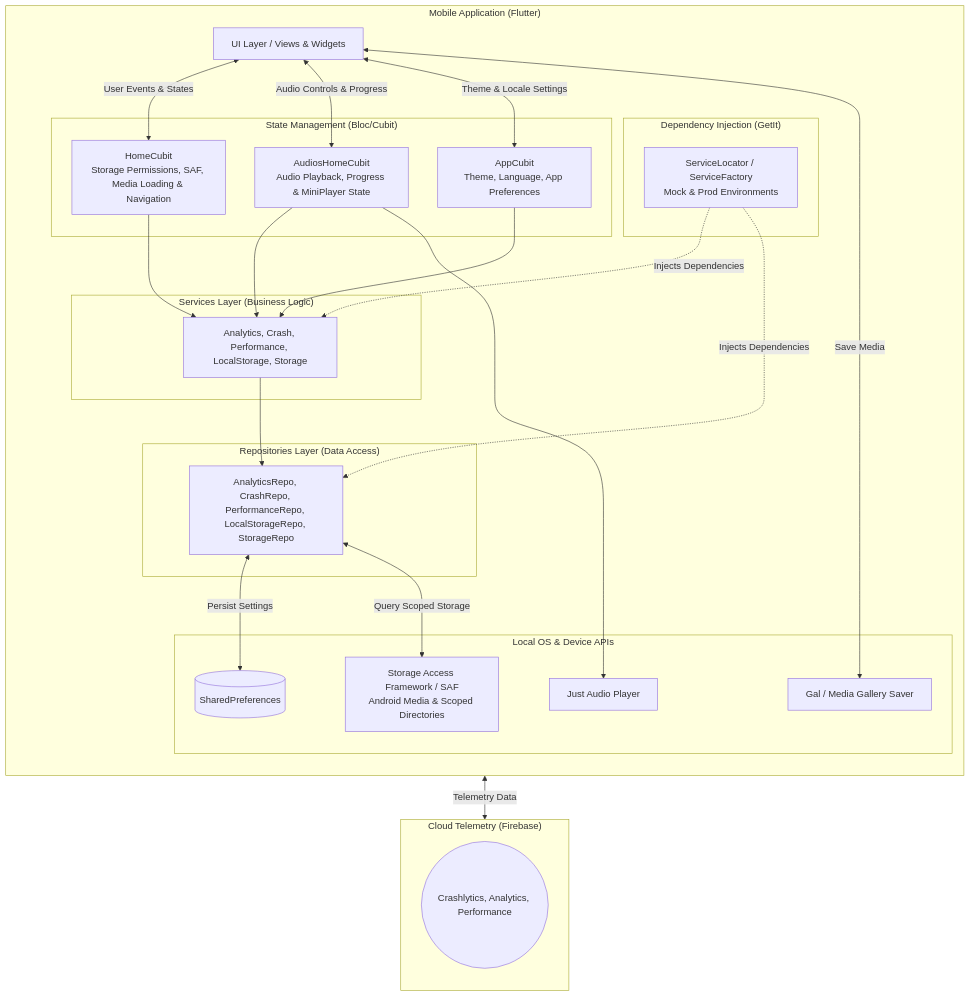
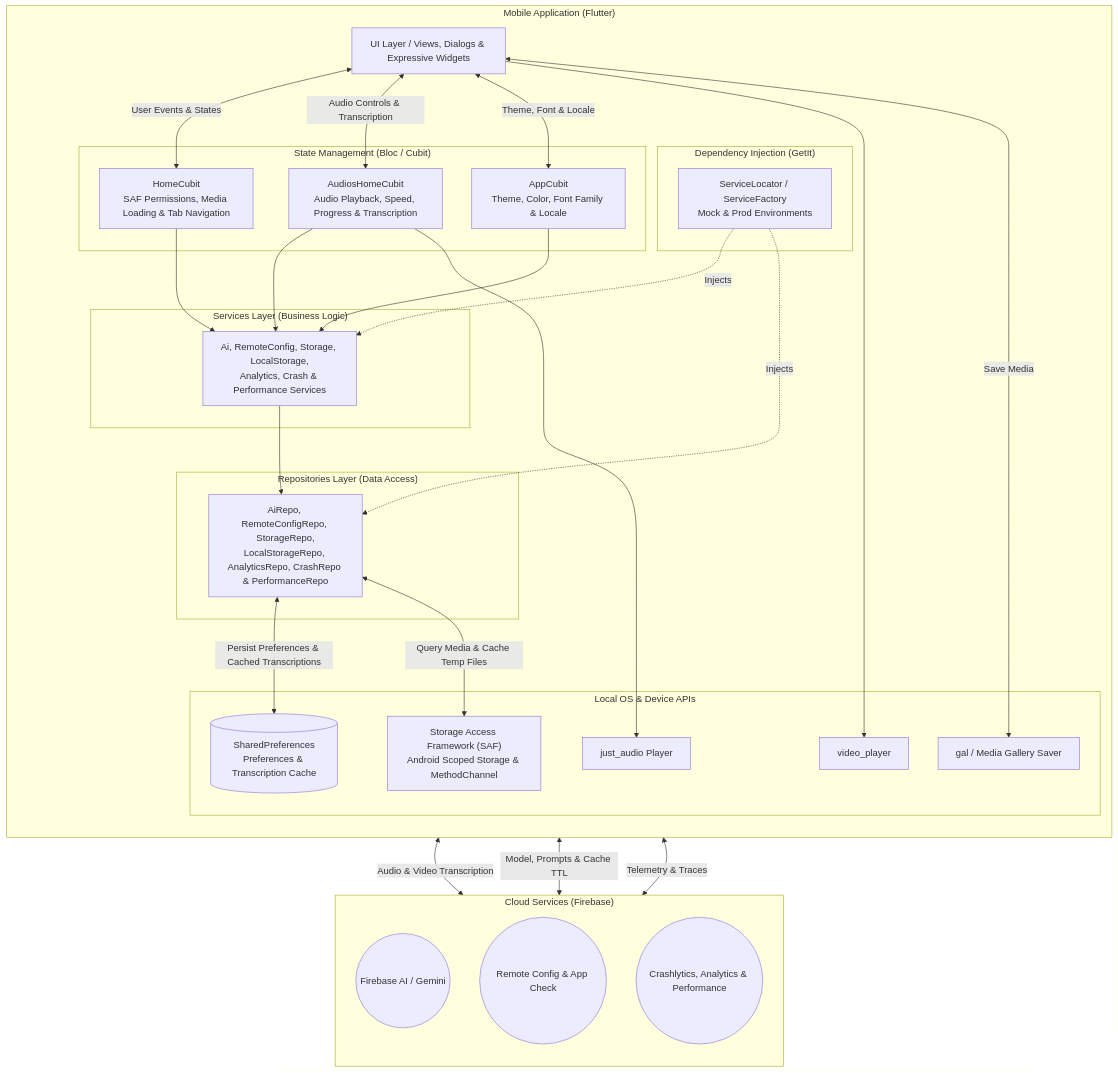
Before and after one commit to Piero16301/Ghost_Play: the diagram in README.md, drawn with Mermaid. The commit also changed other lines of this file and 8 other files, not shown here.

````diff
--- a/README.md
+++ b/README.md
@@ -37,57 +36,63 @@
 ```mermaid
 flowchart TD
   subgraph "Mobile Application (Flutter)"
     direction TB
-    UI[UI Layer / Views & Widgets]
-    
-    subgraph "State Management (Bloc/Cubit)"
-      AppCubit[AppCubit<br>Theme, Language, App Preferences]
-      HomeCubit[HomeCubit<br>Storage Permissions, SAF, Media Loading & Navigation]
-      AudiosHomeCubit[AudiosHomeCubit<br>Audio Playback, Progress & MiniPlayer State]
+    UI["UI Layer / Views, Dialogs & Expressive Widgets"]
+
+    subgraph "State Management (Bloc / Cubit)"
+      AppCubit["AppCubit<br>Theme, Color, Font Family & Locale"]
+      HomeCubit["HomeCubit<br>SAF Permissions, Media Loading & Tab Navigation"]
+      AudiosHomeCubit["AudiosHomeCubit<br>Audio Playback, Speed, Progress & Transcription"]
     end
-    
+
     subgraph "Services Layer (Business Logic)"
-      AppServices[Analytics, Crash, Performance, LocalStorage, Storage]
+      AppServices["Ai, RemoteConfig, Storage, LocalStorage,<br>Analytics, Crash & Performance Services"]
     end
 
     subgraph "Repositories Layer (Data Access)"
-      AppRepos[AnalyticsRepo, CrashRepo, PerformanceRepo, LocalStorageRepo, StorageRepo]
+      AppRepos["AiRepo, RemoteConfigRepo, StorageRepo,<br>LocalStorageRepo, AnalyticsRepo, CrashRepo & PerformanceRepo"]
     end
-    
+
     subgraph "Dependency Injection (GetIt)"
-      DI[ServiceLocator / ServiceFactory<br>Mock & Prod Environments]
+      DI["ServiceLocator / ServiceFactory<br>Mock & Prod Environments"]
     end
-    
+
     subgraph "Local OS & Device APIs"
-      SAF[Storage Access Framework / SAF<br>Android Media & Scoped Directories]
-      SharedPrefs[(SharedPreferences)]
-      JustAudio[Just Audio Player]
-      GalApi[Gal / Media Gallery Saver]
+      SAF["Storage Access Framework (SAF)<br>Android Scoped Storage & MethodChannel"]
+      SharedPrefs[("SharedPreferences<br>Preferences & Transcription Cache")]
+      JustAudio["just_audio Player"]
+      VideoPlayer["video_player"]
+      GalApi["gal / Media Gallery Saver"]
     end
   end
 
   %% Flow
-  UI <-->|User Events & States| HomeCubit
-  UI <-->|Audio Controls & Progress| AudiosHomeCubit
-  UI <-->|Theme & Locale Settings| AppCubit
-  
+  UI <-->|"User Events & States"| HomeCubit
+  UI <-->|"Audio Controls & Transcription"| AudiosHomeCubit
+  UI <-->|"Theme, Font & Locale"| AppCubit
+
   HomeCubit --> AppServices
   AudiosHomeCubit --> AppServices
   AudiosHomeCubit --> JustAudio
   AppCubit --> AppServices
-  
+  UI --> VideoPlayer
+  UI <-->|"Save Media"| GalApi
+
   AppServices --> AppRepos
-  DI -.->|Injects Dependencies| AppServices
-  DI -.->|Injects Dependencies| AppRepos
-  
-  AppRepos <-->|Persist Settings| SharedPrefs
-  AppRepos <-->|Query Scoped Storage| SAF
-  UI <-->|Save Media| GalApi
-  
-  subgraph "Cloud Telemetry (Firebase)"
+  DI -.->|"Injects"| AppServices
+  DI -.->|"Injects"| AppRepos
+
+  AppRepos <-->|"Persist Preferences & Cached Transcriptions"| SharedPrefs
+  AppRepos <-->|"Query Media & Cache Temp Files"| SAF
+
+  subgraph "Cloud Services (Firebase)"
     direction TB
-    FirebaseTelemetry((Crashlytics, Analytics, Performance))
+    FirebaseAI(("Firebase AI / Gemini"))
+    FirebaseConfig(("Remote Config & App Check"))
+    FirebaseTelemetry(("Crashlytics, Analytics & Performance"))
   end
 
-  AppRepos <-->|Telemetry Data| FirebaseTelemetry
+  AppRepos <-->|"Audio & Video Transcription"| FirebaseAI
+  AppRepos <-->|"Model, Prompts & Cache TTL"| FirebaseConfig
+  AppRepos <-->|"Telemetry & Traces"| FirebaseTelemetry
 ```
````
